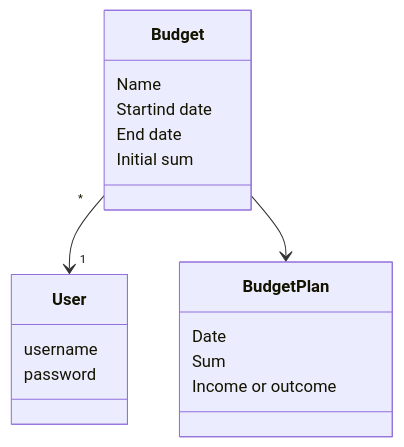
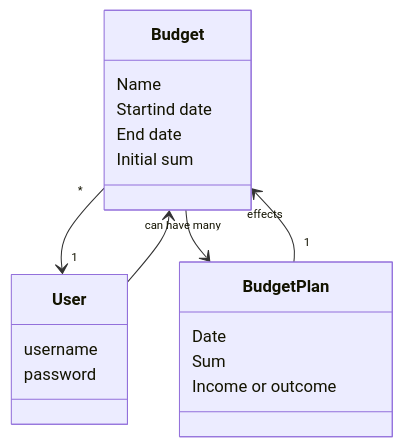
One commit to Vilivanh/ot-harjoitustyo changed the second of 5 diagrams in dokumentaatio/arkkitehtuuri.md. Above: the diagram before and after it, drawn with Mermaid.

````diff
--- a/dokumentaatio/arkkitehtuuri.md
+++ b/dokumentaatio/arkkitehtuuri.md
@@ -32,20 +32,22 @@
 ```mermaid
  classDiagram
       Budget "*" --> "1" User
       Budget --> BudgetPlan
+      User --> "can have many" Budget
+      BudgetPlan "1" -->  "effects" Budget
       class User{
           username
           password
       }
       class Budget{
           Name
           Startind date
           End date
           Initial sum
       }
       class BudgetPlan{
           Date
           Sum
           Income or outcome
       }
 ```
````
